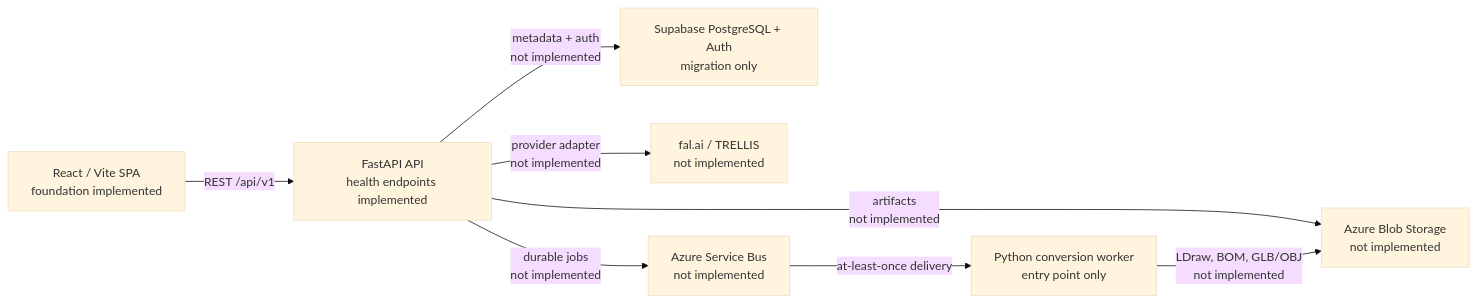
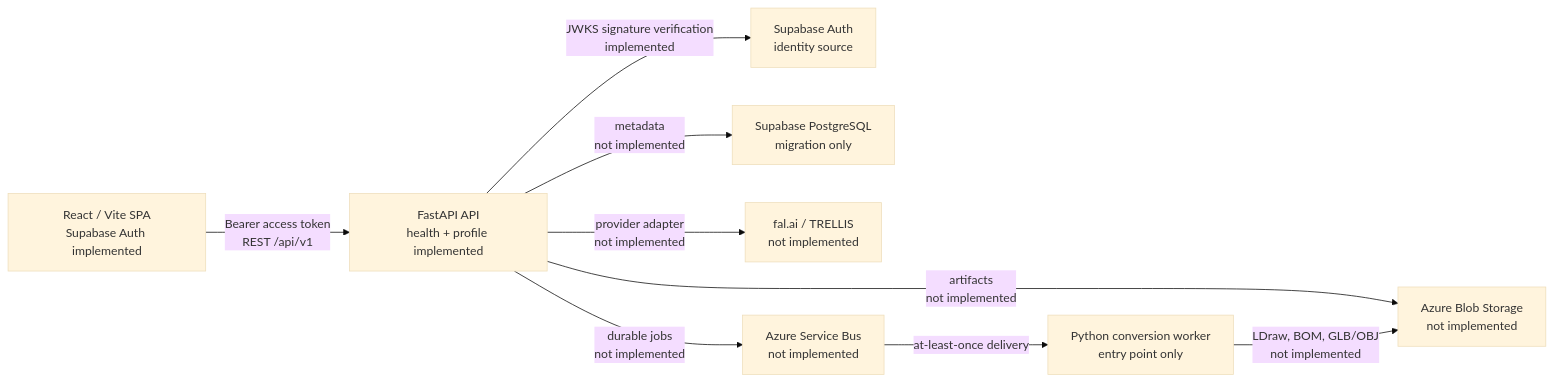
The diagram in docs/architecture/README.md (regan-tan/image-to-lego), drawn with Mermaid (base theme) before and after one commit. The commit also changed other lines of this file and 30 other files, not shown here.

Commit message:
feat: add Supabase authentication and profile flow

````diff
--- a/docs/architecture/README.md
+++ b/docs/architecture/README.md
@@ -5,10 +5,11 @@
 ```mermaid
 flowchart LR
-    Web["React / Vite SPA<br/>foundation implemented"] -->|"REST /api/v1"| API["FastAPI API<br/>health endpoints implemented"]
-    API -->|"metadata + auth<br/>not implemented"| Supabase["Supabase PostgreSQL + Auth<br/>migration only"]
+    Web["React / Vite SPA<br/>Supabase Auth implemented"] -->|"Bearer access token<br/>REST /api/v1"| API["FastAPI API<br/>health + profile implemented"]
+    API -->|"JWKS signature verification<br/>implemented"| Supabase["Supabase Auth<br/>identity source"]
+    API -->|"metadata<br/>not implemented"| SupabaseDb["Supabase PostgreSQL<br/>migration only"]
     API -->|"artifacts<br/>not implemented"| Blob["Azure Blob Storage<br/>not implemented"]
     API -->|"provider adapter<br/>not implemented"| Fal["fal.ai / TRELLIS<br/>not implemented"]
     API -->|"durable jobs<br/>not implemented"| Bus["Azure Service Bus<br/>not implemented"]
     Bus -->|"at-least-once delivery"| Worker["Python conversion worker<br/>entry point only"]
     Worker -->|"LDraw, BOM, GLB/OBJ<br/>not implemented"| Blob
 ```
````
